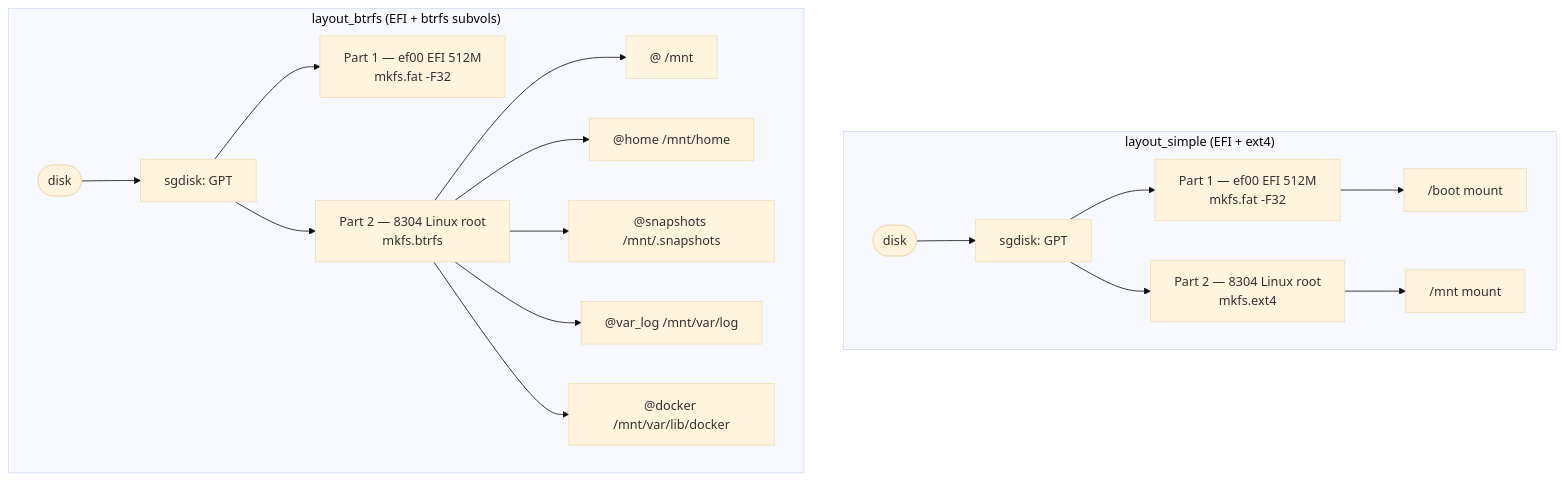
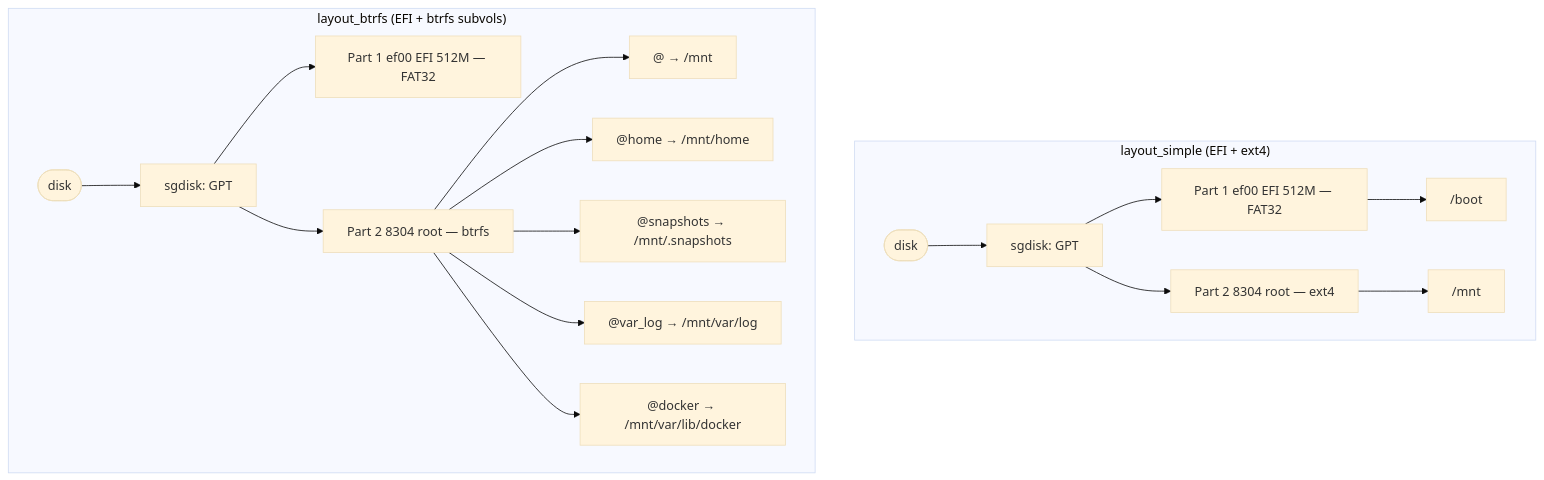
The second of 5 diagrams in README.md (hipponix/hippoarch), drawn with Mermaid (base theme) before and after one commit. The commit also changed other lines of this file, not shown here.

Commit message:
fix: quote Mermaid node labels containing slashes and wildcards

````diff
--- a/README.md
+++ b/README.md
@@ -56,20 +56,20 @@
 ```mermaid
 flowchart TD
     subgraph Simple["layout_simple (EFI + ext4)"]
         S_DISK([disk]) --> S1[sgdisk: GPT]
-        S1 --> S2["Part 1 — ef00 EFI 512M\nmkfs.fat -F32"]
-        S1 --> S3["Part 2 — 8304 Linux root\nmkfs.ext4"]
-        S2 --> S4["/boot mount"]
-        S3 --> S5["/mnt mount"]
+        S1 --> S2["Part 1 ef00 EFI 512M — FAT32"]
+        S1 --> S3["Part 2 8304 root — ext4"]
+        S2 --> S4["/boot"]
+        S3 --> S5["/mnt"]
     end
     subgraph Btrfs["layout_btrfs (EFI + btrfs subvols)"]
         B_DISK([disk]) --> B1[sgdisk: GPT]
-        B1 --> B2["Part 1 — ef00 EFI 512M\nmkfs.fat -F32"]
-        B1 --> B3["Part 2 — 8304 Linux root\nmkfs.btrfs"]
-        B3 --> B4["@ /mnt"]
-        B3 --> B5["@home /mnt/home"]
-        B3 --> B6["@snapshots /mnt/.snapshots"]
-        B3 --> B7["@var_log /mnt/var/log"]
-        B3 --> B8["@docker /mnt/var/lib/docker"]
+        B1 --> B2["Part 1 ef00 EFI 512M — FAT32"]
+        B1 --> B3["Part 2 8304 root — btrfs"]
+        B3 --> B4["@ → /mnt"]
+        B3 --> B5["@home → /mnt/home"]
+        B3 --> B6["@snapshots → /mnt/.snapshots"]
+        B3 --> B7["@var_log → /mnt/var/log"]
+        B3 --> B8["@docker → /mnt/var/lib/docker"]
     end
 ```
````
